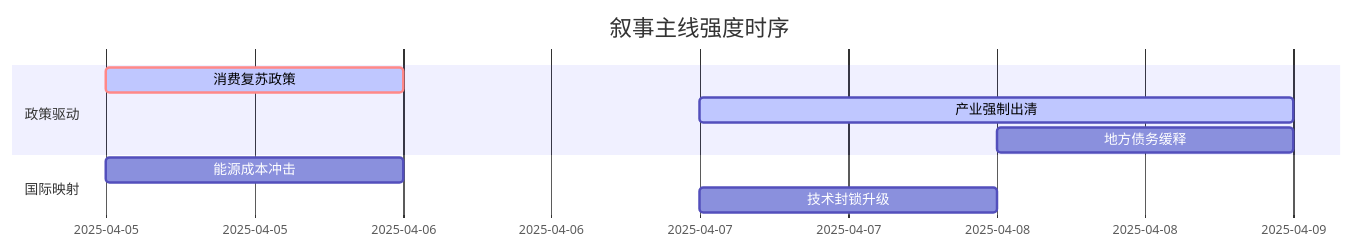
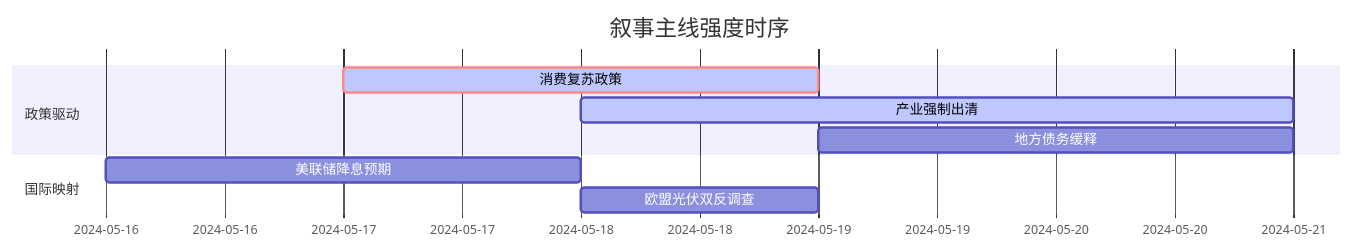
One commit to uu5zn/uu5zn.github.io changed the diagram in 5day_report.md. Above: the diagram before and after it, drawn with Mermaid. The commit also changed other lines of this file and 2 other files, not shown here.

````diff
--- a/5day_report.md
+++ b/5day_report.md
@@ -51,13 +53,13 @@
 ```mermaid
 gantt
     title 叙事主线强度时序
     dateFormat  YYYY-MM-DD
     section 政策驱动
-    消费复苏政策   :crit, active, 2025-04-05, 1d
-    产业强制出清   :active, 2025-04-07, 2d
-    地方债务缓释   :2025-04-08, 1d
+    消费复苏政策   :crit, active, 2024-05-17, 2d
+    产业强制出清   :active, 2024-05-18, 3d
+    地方债务缓释   :2024-05-19, 2d
     
     section 国际映射
-    能源成本冲击   :2025-04-05, 1d
-    技术封锁升级   :2025-04-07, 1d
+    美联储降息预期   :2024-05-16, 2d
+    欧盟光伏双反调查   :2024-05-18, 1d
 ```
````
